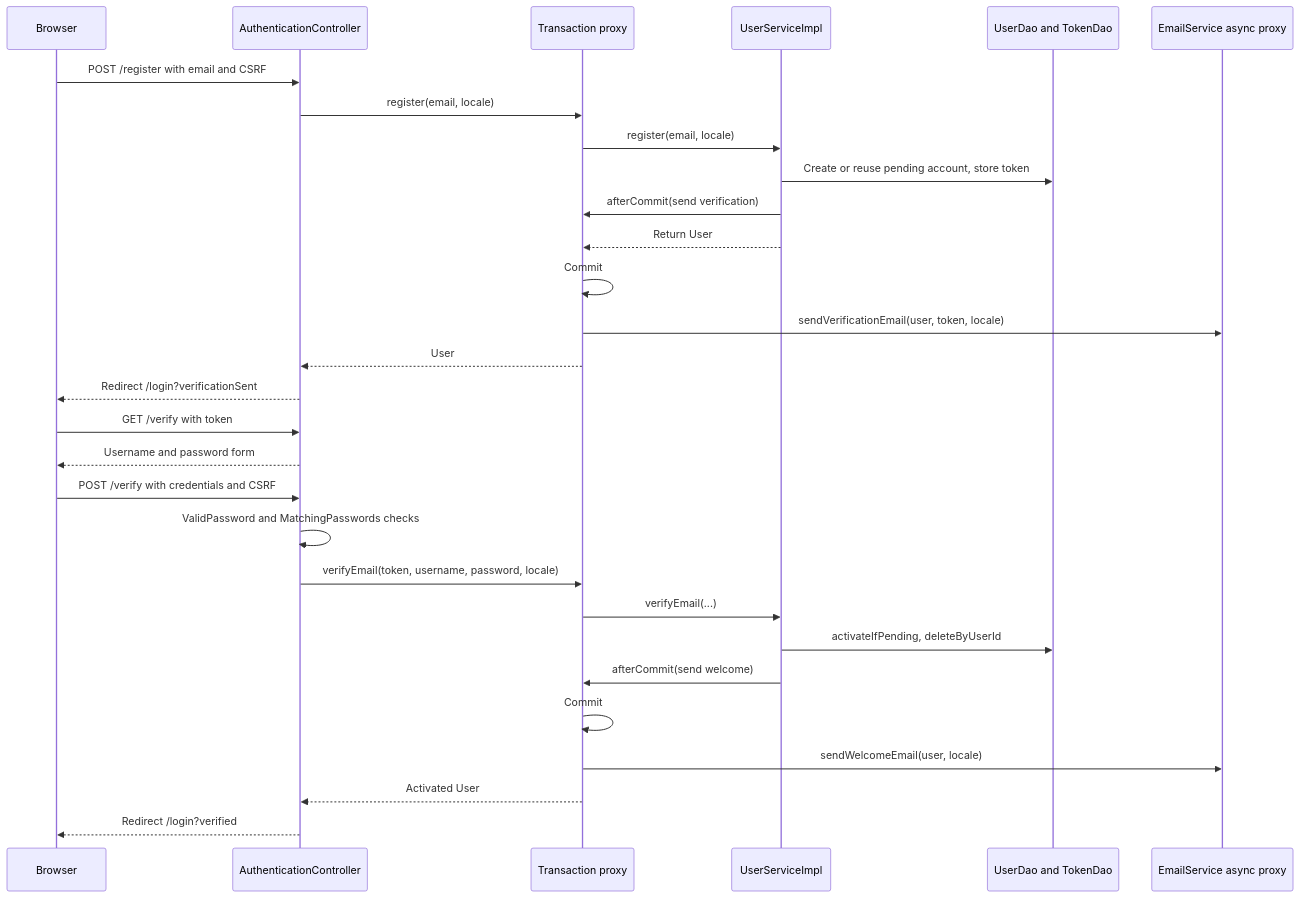
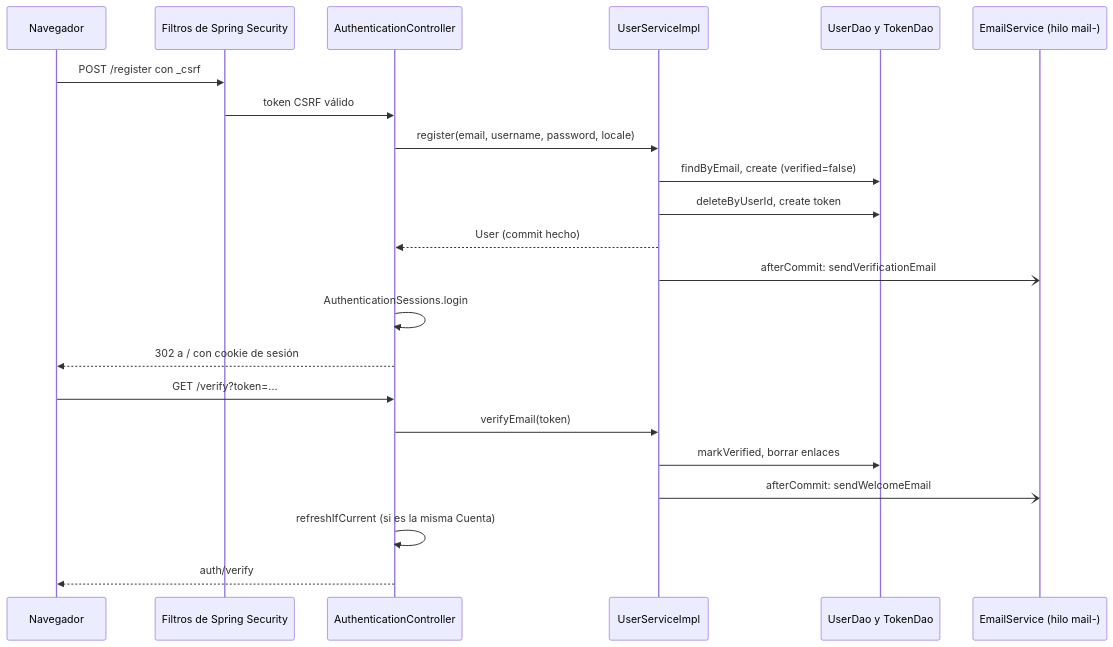
The diagram in Authentication flow.md (BautistaPessagno/PAW_Vault), drawn with Mermaid before and after one commit. The commit also changed other lines of this file and 353 other files, not shown here.

````diff
--- a/Authentication flow.md
+++ b/Authentication flow.md
@@ -21,31 +106,24 @@
 ```mermaid
 sequenceDiagram
-    participant B as Browser
+    participant B as Navegador
+    participant F as Filtros de Spring Security
     participant C as AuthenticationController
-    participant P as Transaction proxy
     participant U as UserServiceImpl
-    participant D as UserDao and TokenDao
-    participant E as EmailService async proxy
-    B->>C: POST /register with email and CSRF
-    C->>P: register(email, locale)
-    P->>U: register(email, locale)
-    U->>D: Create or reuse pending account, store token
-    U->>P: afterCommit(send verification)
-    U-->>P: Return User
-    P->>P: Commit
-    P->>E: sendVerificationEmail(user, token, locale)
-    P-->>C: User
-    C-->>B: Redirect /login?verificationSent
-    B->>C: GET /verify with token
-    C-->>B: Username and password form
-    B->>C: POST /verify with credentials and CSRF
-    C->>C: ValidPassword and MatchingPasswords checks
-    C->>P: verifyEmail(token, username, password, locale)
-    P->>U: verifyEmail(...)
-    U->>D: activateIfPending, deleteByUserId
-    U->>P: afterCommit(send welcome)
-    P->>P: Commit
-    P->>E: sendWelcomeEmail(user, locale)
-    P-->>C: Activated User
-    C-->>B: Redirect /login?verified
+    participant D as UserDao y TokenDao
+    participant M as EmailService (hilo mail-)
+    B->>F: POST /register con _csrf
+    F->>C: token CSRF válido
+    C->>U: register(email, username, password, locale)
+    U->>D: findByEmail, create (verified=false)
+    U->>D: deleteByUserId, create token
+    U-->>C: User (commit hecho)
+    U-)M: afterCommit: sendVerificationEmail
+    C->>C: AuthenticationSessions.login
+    C-->>B: 302 a / con cookie de sesión
+    B->>C: GET /verify?token=...
+    C->>U: verifyEmail(token)
+    U->>D: markVerified, borrar enlaces
+    U-)M: afterCommit: sendWelcomeEmail
+    C->>C: refreshIfCurrent (si es la misma Cuenta)
+    C-->>B: auth/verify
 ```
````
